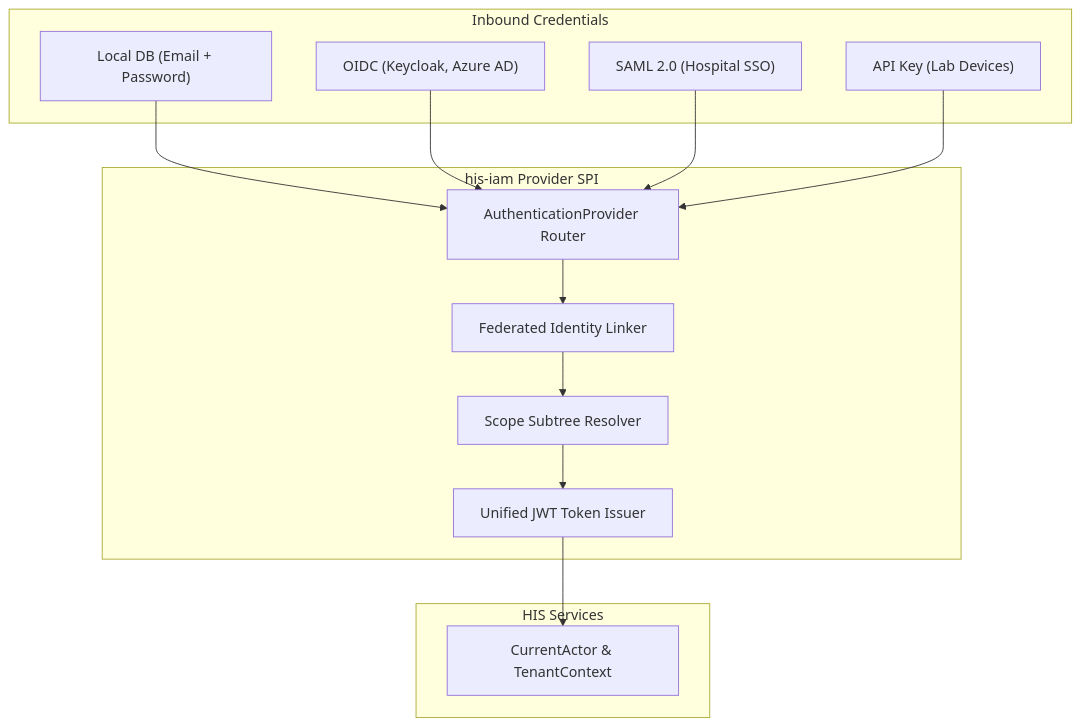
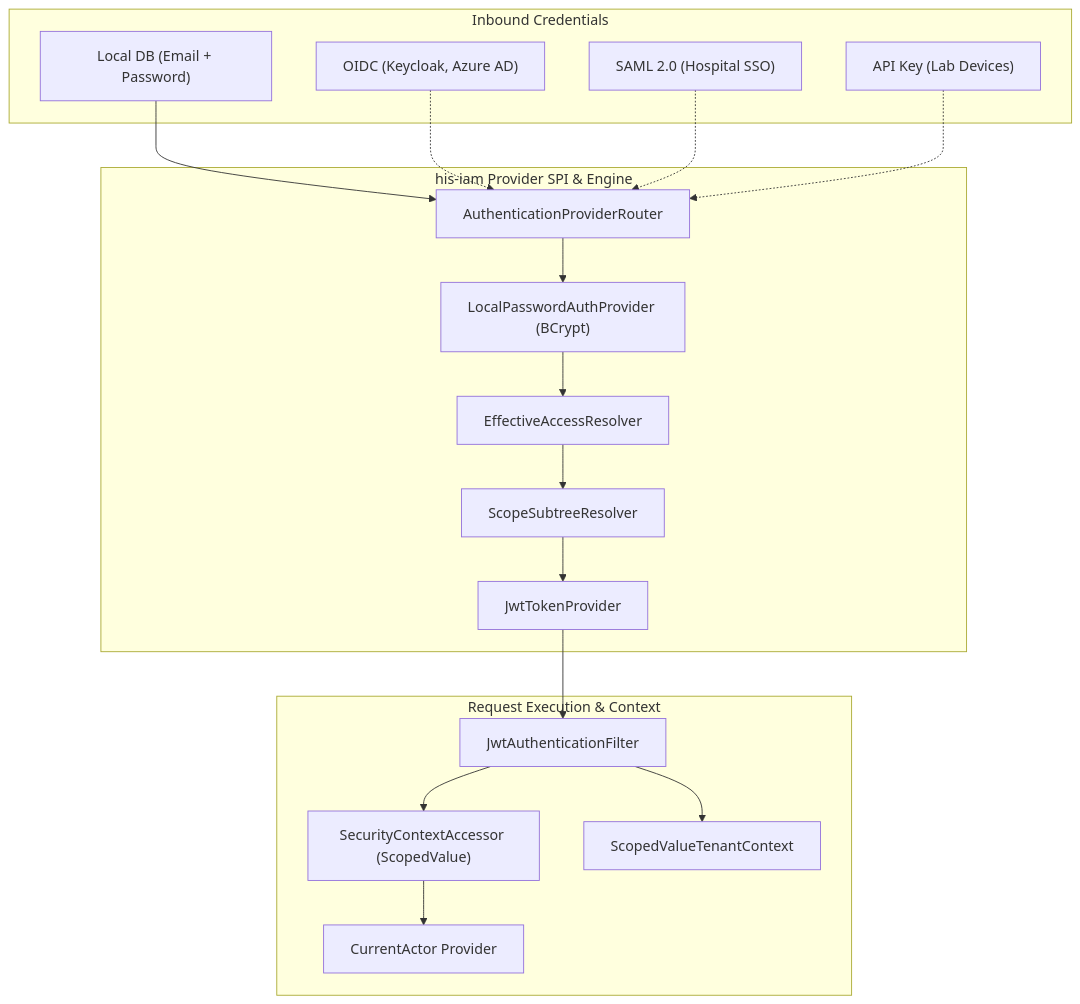
Before and after one commit to edmaputra/uwati: the diagram in docs/iam-walkthrough.md, drawn with Mermaid. The commit also changed other lines of this file and 120 other files, not shown here.

````diff
--- a/docs/iam-walkthrough.md
+++ b/docs/iam-walkthrough.md
@@ -167,30 +169,39 @@
 ```mermaid
 flowchart TD
     subgraph Inbound["Inbound Credentials"]
         Direct["Local DB (Email + Password)"]
         OIDC["OIDC (Keycloak, Azure AD)"]
         SAML["SAML 2.0 (Hospital SSO)"]
         ApiKey["API Key (Lab Devices)"]
     end
 
-    subgraph SPI["his-iam Provider SPI"]
-        Router["AuthenticationProvider Router"]
-        Identity["Federated Identity Linker"]
-        ScopeEngine["Scope Subtree Resolver"]
-        JwtIssuer["Unified JWT Token Issuer"]
+    subgraph SPI["his-iam Provider SPI & Engine"]
+        Router["AuthenticationProviderRouter"]
+        LocalProvider["LocalPasswordAuthProvider (BCrypt)"]
+        Resolver["EffectiveAccessResolver"]
+        ScopeEngine["ScopeSubtreeResolver"]
+        JwtIssuer["JwtTokenProvider"]
     end
 
-    subgraph HIS_Core["HIS Services"]
-        Actor["CurrentActor & TenantContext"]
+    subgraph Runtime["Request Execution & Context"]
+        Filter["JwtAuthenticationFilter"]
+        ActorBridge["SecurityContextAccessor (ScopedValue)"]
+        TenantBridge["ScopedValueTenantContext"]
+        CurrentActor["CurrentActor Provider"]
     end
 
     Direct --> Router
-    OIDC --> Router
-    SAML --> Router
-    ApiKey --> Router
+    OIDC -.-> Router
+    SAML -.-> Router
+    ApiKey -.-> Router
 
-    Router --> Identity
-    Identity --> ScopeEngine
+    Router --> LocalProvider
+    LocalProvider --> Resolver
+    Resolver --> ScopeEngine
     ScopeEngine --> JwtIssuer
-    JwtIssuer --> Actor
+
+    JwtIssuer --> Filter
+    Filter --> ActorBridge
+    Filter --> TenantBridge
+    ActorBridge --> CurrentActor
 ```
````
